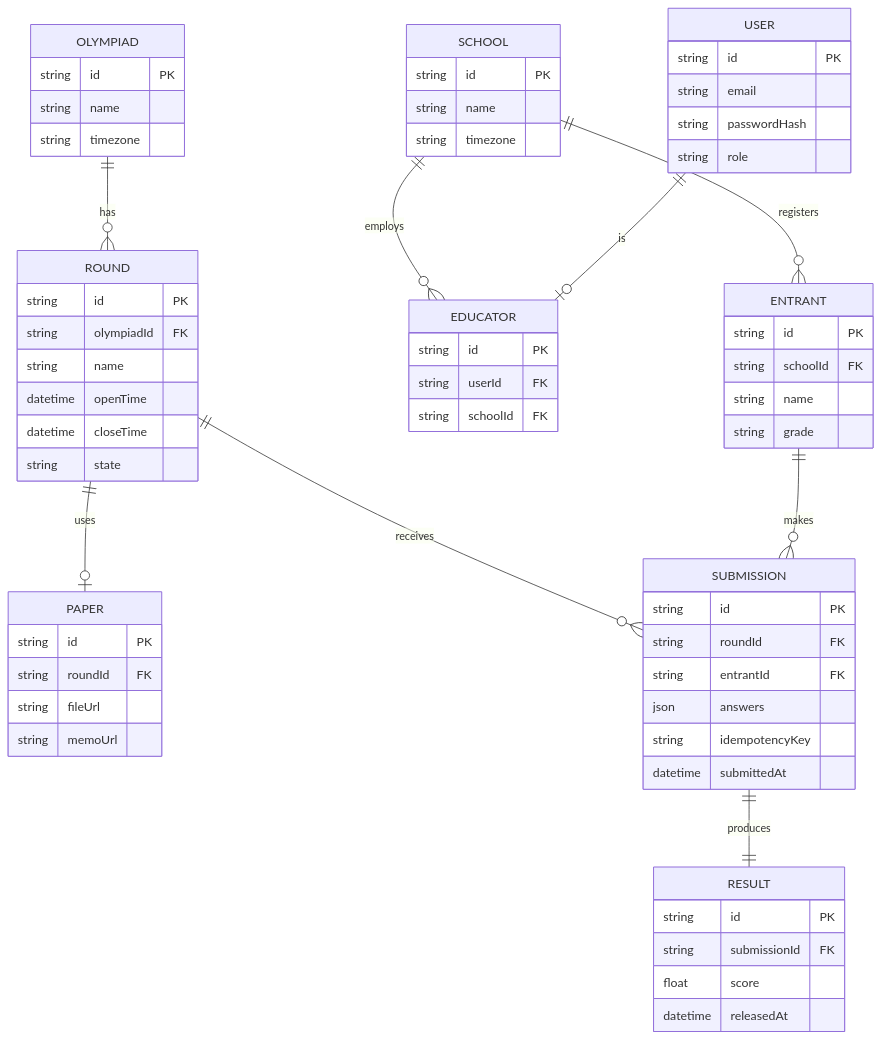
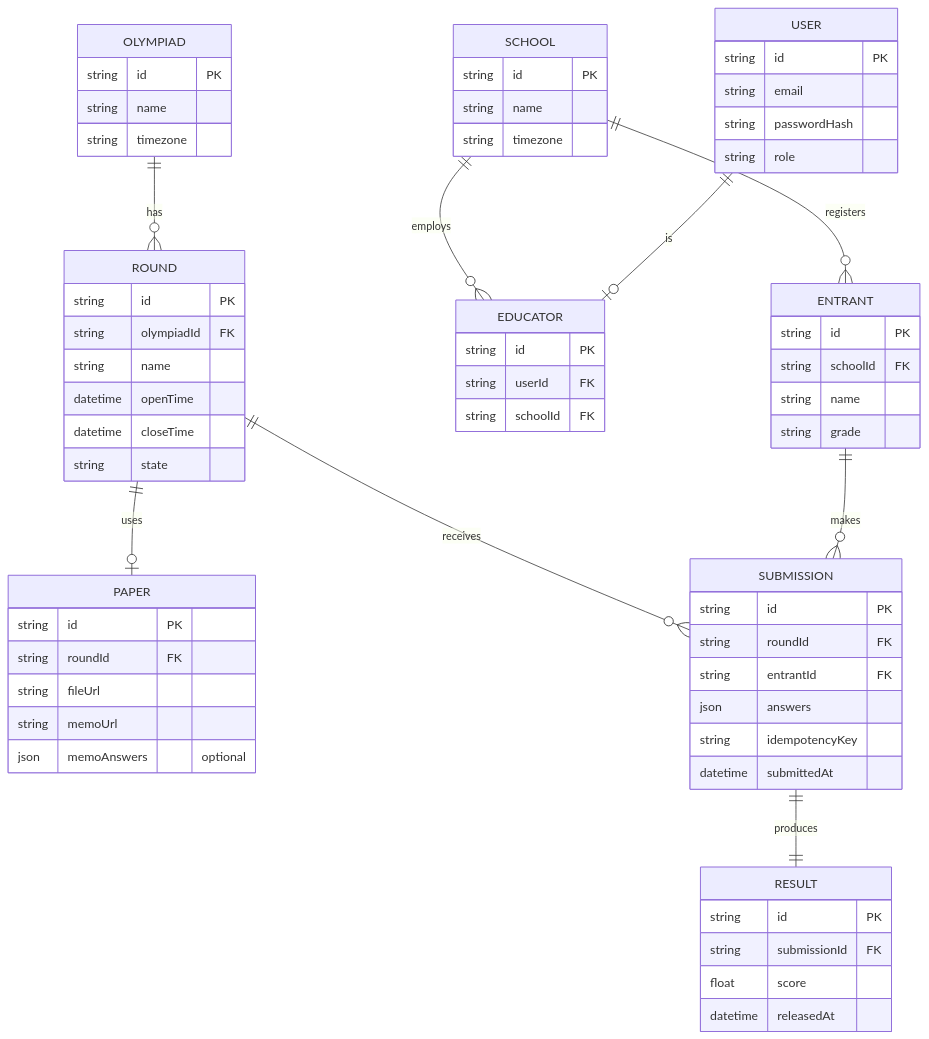
One commit to ZandileMkontwana/olympiad-portal changed the diagram in documents/docs/database-schema.md. Above: the diagram before and after it, drawn with Mermaid. The commit also changed other lines of this file, not shown here.

Commit message:
docs: update database schema diagram with memoAnswers field

````diff
--- a/documents/docs/database-schema.md
+++ b/documents/docs/database-schema.md
@@ -9,67 +9,68 @@
 ```mermaid
 erDiagram
   OLYMPIAD ||--o{ ROUND : has
   ROUND ||--o| PAPER : uses
   ROUND ||--o{ SUBMISSION : receives
   SCHOOL ||--o{ EDUCATOR : employs
   SCHOOL ||--o{ ENTRANT : registers
   USER ||--o| EDUCATOR : is
   ENTRANT ||--o{ SUBMISSION : makes
   SUBMISSION ||--|| RESULT : produces
 
   OLYMPIAD {
     string id PK
     string name
     string timezone
   }
   ROUND {
     string id PK
     string olympiadId FK
     string name
     datetime openTime
     datetime closeTime
     string state
   }
   SCHOOL {
     string id PK
     string name
     string timezone
   }
   USER {
     string id PK
     string email
     string passwordHash
     string role
   }
   EDUCATOR {
     string id PK
     string userId FK
     string schoolId FK
   }
   ENTRANT {
     string id PK
     string schoolId FK
     string name
     string grade
   }
   PAPER {
     string id PK
     string roundId FK
     string fileUrl
     string memoUrl
+    json memoAnswers "optional"
   }
   SUBMISSION {
     string id PK
     string roundId FK
     string entrantId FK
     json answers
     string idempotencyKey
     datetime submittedAt
   }
   RESULT {
     string id PK
     string submissionId FK
     float score
     datetime releasedAt
   }
 ```
````
